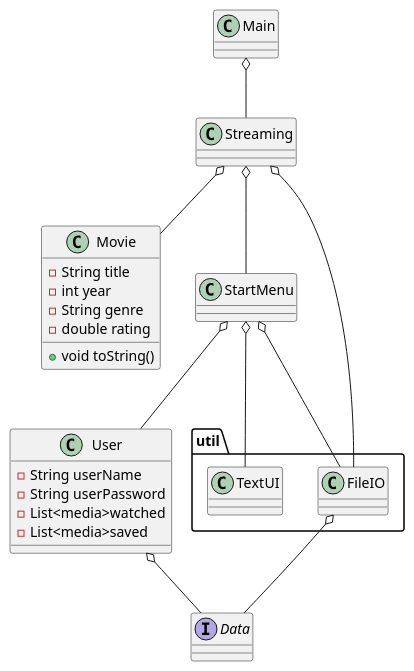
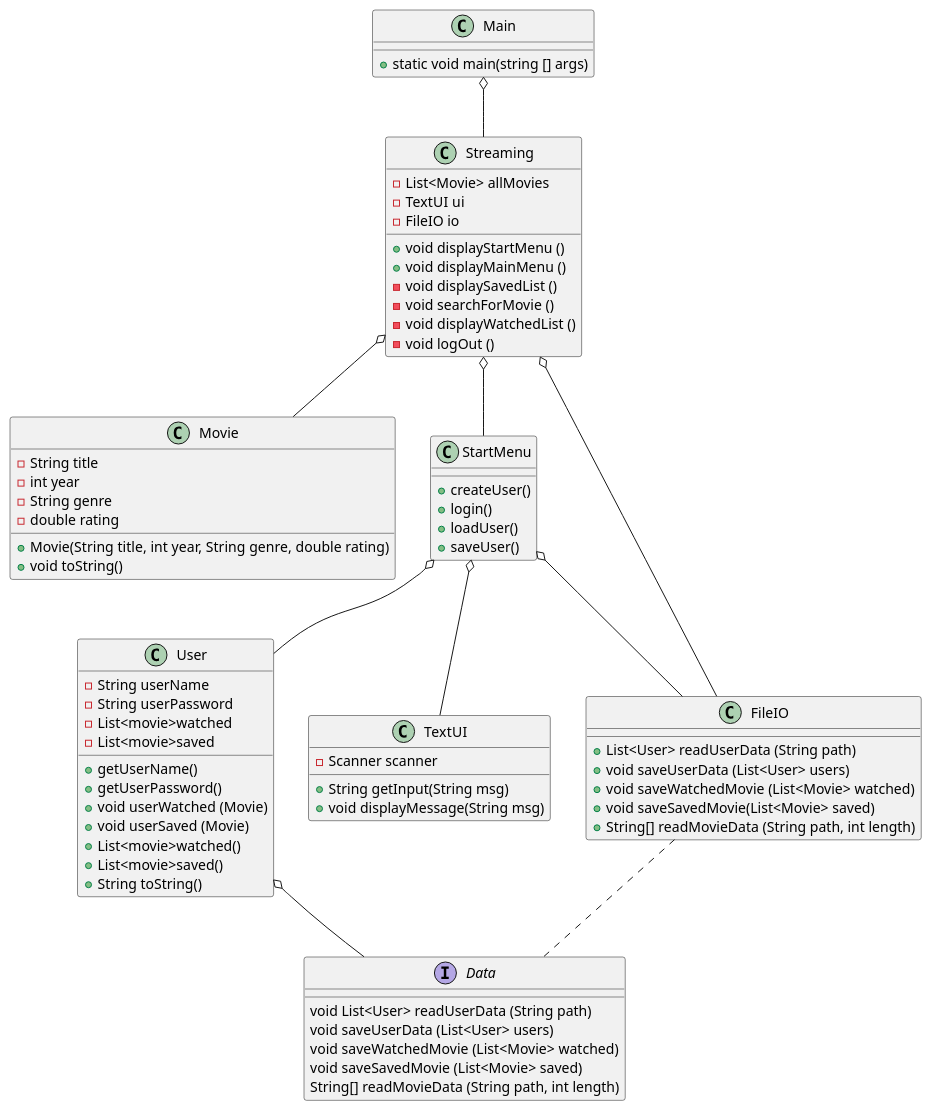
One commit to Madihakhan1/SP3 changed the diagram in .idea/Doc/ClassDiagram.puml. Above: the diagram before and after it, drawn with PlantUML.

Commit message:
classDiagram

```diff
--- a/.idea/Doc/ClassDiagram.puml
+++ b/.idea/Doc/ClassDiagram.puml
@@ -1,64 +1,120 @@
 @startuml
 'https://plantuml.com/object-diagram
 
 class Main{
 
++ static void main(string [] args)
+
+
 }
 
 class Streaming{
+
+- List<Movie> allMovies
+- TextUI ui
+- FileIO io
++ void displayStartMenu ()
++ void displayMainMenu ()
+- void displaySavedList ()
+- void searchForMovie ()
+- void displayWatchedList ()
+- void logOut ()
+
+
 
 }
 
 class User{
 
 - String userName
 - String userPassword
-- List<media>watched
-- List<media>saved
+- List<movie>watched
+- List<movie>saved
+
++getUserName()
++getUserPassword()
++ void userWatched (Movie)
++ void userSaved (Movie)
++List<movie>watched()
++List<movie>saved()
++ String toString()
 
 
 
 
 }
 
 class Movie{
 
 - String title
 - int year
 - String genre
 - double rating
 
++ Movie(String title, int year, String genre, double rating)
 + void toString()
 
 
 }
 
 class StartMenu{
 
+
++ createUser()
++ login()
++ loadUser()
++ saveUser()
 }
 
-package "util"{
-    class TextUI
-    class FileIO
+
+
+
+class FileIO{
+
++List<User> readUserData (String path)
++ void saveUserData (List<User> users)
++ void saveWatchedMovie (List<Movie> watched)
++ void saveSavedMovie(List<Movie> saved)
++ String[] readMovieData (String path, int length)
+
+
+
 }
 
+class TextUI{
+
+- Scanner scanner
++ String getInput(String msg)
++ void displayMessage(String msg)
+
+
+}
+
+
 Interface Data{
+
+void List<User> readUserData (String path)
+void saveUserData (List<User> users)
+void saveWatchedMovie (List<Movie> watched)
+void saveSavedMovie (List<Movie> saved)
+String[] readMovieData (String path, int length)
+
 
 }
 
 Main o-- Streaming
 
 Streaming o-- StartMenu
 Streaming o-- FileIO
 Streaming o-- Movie
 
 
 StartMenu o-- User
 StartMenu o--FileIO
 StartMenu o-- TextUI
 
 User o-- Data
 
-FileIO o-- Data
+FileIO .. Data
 
 @enduml
```
